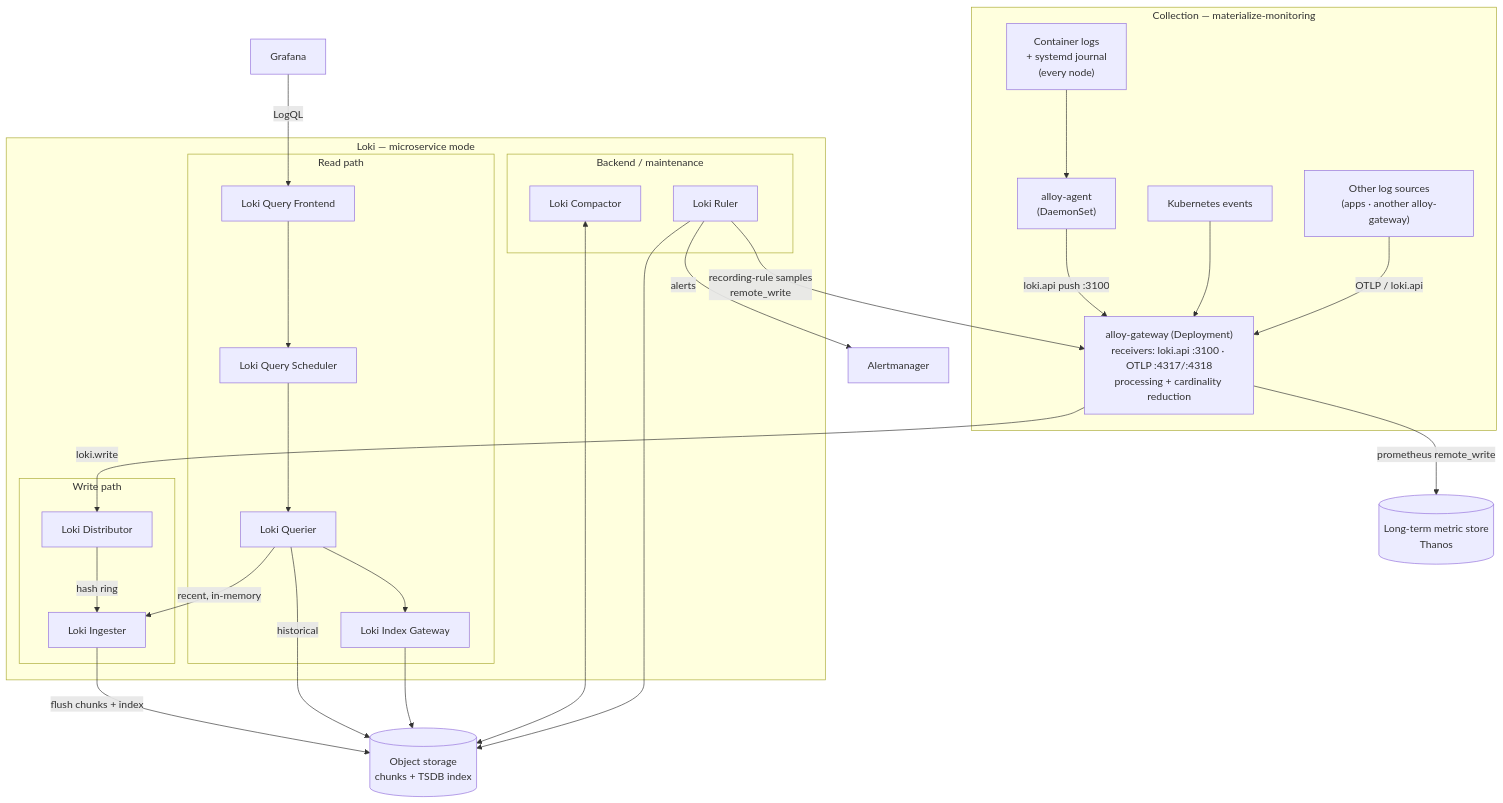
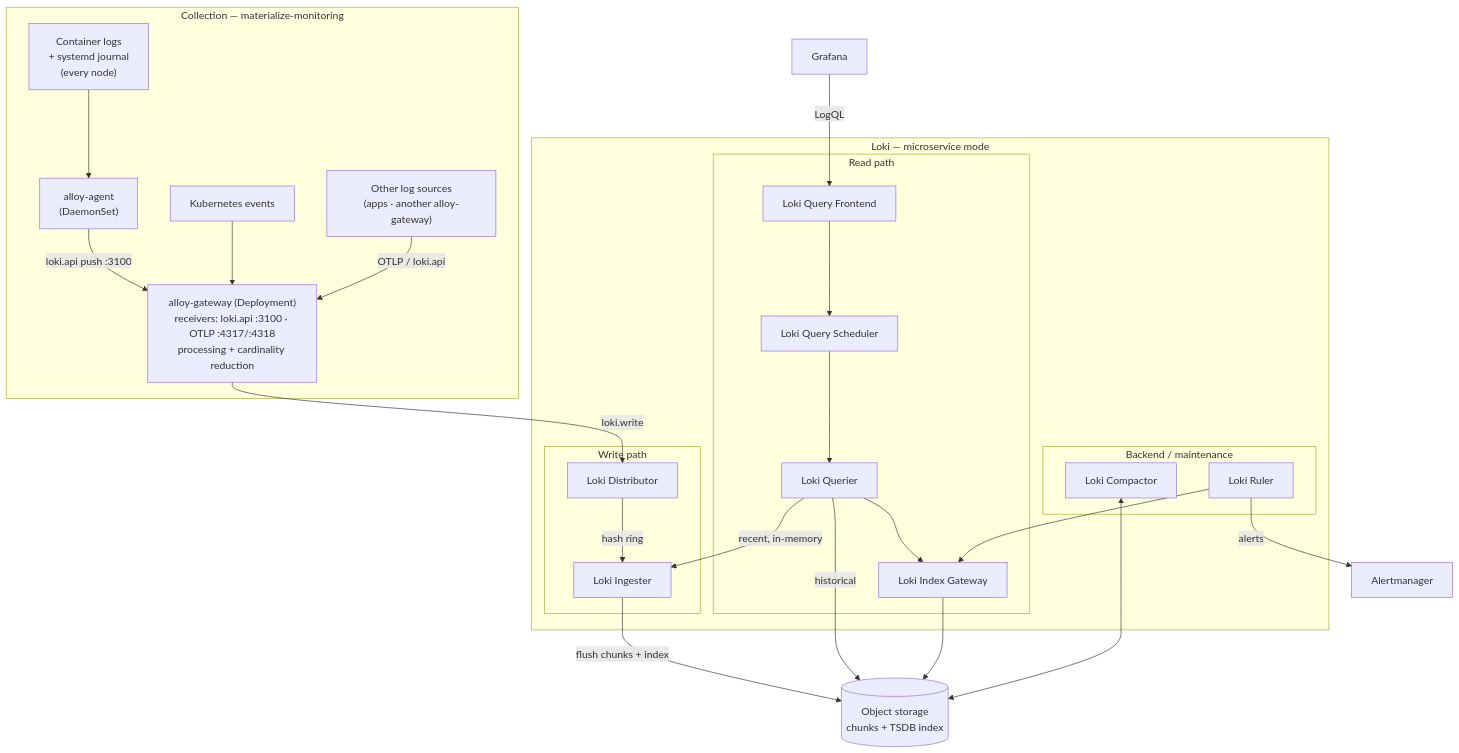
The first of 3 diagrams in docs/content/logs-and-events/_index.md (MaterializeInc/materialize-monitoring), drawn with Mermaid before and after one commit. The commit also changed 16 other files, not shown here.

````diff
--- a/docs/content/logs-and-events/_index.md
+++ b/docs/content/logs-and-events/_index.md
@@ -35,51 +35,48 @@
 ```mermaid
 flowchart TB
   subgraph collect["Collection — materialize-monitoring"]
     logs["Container logs<br/>+ systemd journal<br/>(every node)"]
     events["Kubernetes events"]
     other["Other log sources<br/>(apps · another alloy-gateway)"]
     agent["alloy-agent<br/>(DaemonSet)"]
     gateway["alloy-gateway (Deployment)<br/>receivers: loki.api :3100 · OTLP :4317/:4318<br/>processing + cardinality reduction"]
     logs --> agent
     agent -->|"loki.api push :3100"| gateway
     events --> gateway
     other -->|"OTLP / loki.api"| gateway
   end
 
   subgraph loki["Loki — microservice mode"]
     subgraph lwrite["Write path"]
       dist["Loki Distributor"]
       ing["Loki Ingester"]
       dist -->|"hash ring"| ing
     end
     subgraph lread["Read path"]
       qf["Loki Query Frontend"]
       qs["Loki Query Scheduler"]
       qr["Loki Querier"]
       idxgw["Loki Index Gateway"]
       qf --> qs --> qr
       qr --> idxgw
     end
     subgraph lback["Backend / maintenance"]
       comp["Loki Compactor"]
       ruler["Loki Ruler"]
     end
   end
 
   store[("Object storage<br/>chunks + TSDB index")]
-  thanos[("Long-term metric store<br/>Thanos")]
   graf["Grafana"]
   am["Alertmanager"]
 
   gateway -->|"loki.write"| dist
   ing -->|"flush chunks + index"| store
   qr -->|"recent, in-memory"| ing
   qr -->|"historical"| store
   idxgw --> store
   comp <--> store
-  ruler --> store
+  ruler --> idxgw
   ruler -->|"alerts"| am
-  ruler -->|"recording-rule samples<br/>remote_write"| gateway
-  gateway -->|"prometheus remote_write"| thanos
   graf -->|"LogQL"| qf
 ```
````
